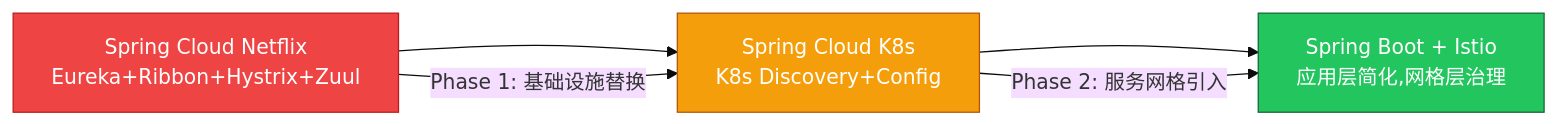
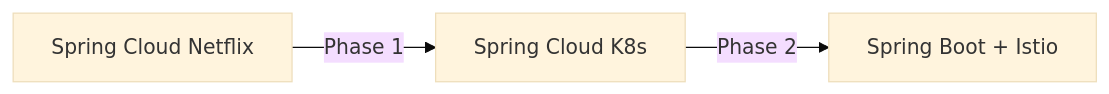
One commit to kudig-io/kudig-database changed the third of 4 diagrams in domain-26-service-mesh-microservices/99-spring-cloud-kubernetes-service-mesh-guide.md. Above: the diagram before and after it, drawn with Mermaid (base theme). The commit also changed other lines of this file and 8633 other files, not shown here.

````diff
--- a/domain-26-service-mesh-microservices/99-spring-cloud-kubernetes-service-mesh-guide.md
+++ b/domain-26-service-mesh-microservices/99-spring-cloud-kubernetes-service-mesh-guide.md
@@ -451,12 +457,5 @@
 ```mermaid
 graph LR
-    A[Spring Cloud Netflix<br/>Eureka+Ribbon+Hystrix+Zuul] --> B[Spring Cloud K8s<br/>K8s Discovery+Config]
-    B --> C[Spring Boot + Istio<br/>应用层简化,网格层治理]
-
-    A -->|Phase 1: 基础设施替换| B
-    B -->|Phase 2: 服务网格引入| C
-
-    style A fill:#ef4444,stroke:#b91c1c,color:#fff
-    style B fill:#f59e0b,stroke:#b45309,color:#fff
-    style C fill:#22c55e,stroke:#166534,color:#fff
+    A[Spring Cloud Netflix] -->|Phase 1| B[Spring Cloud K8s]
+    B -->|Phase 2| C[Spring Boot + Istio]
 ```
````
